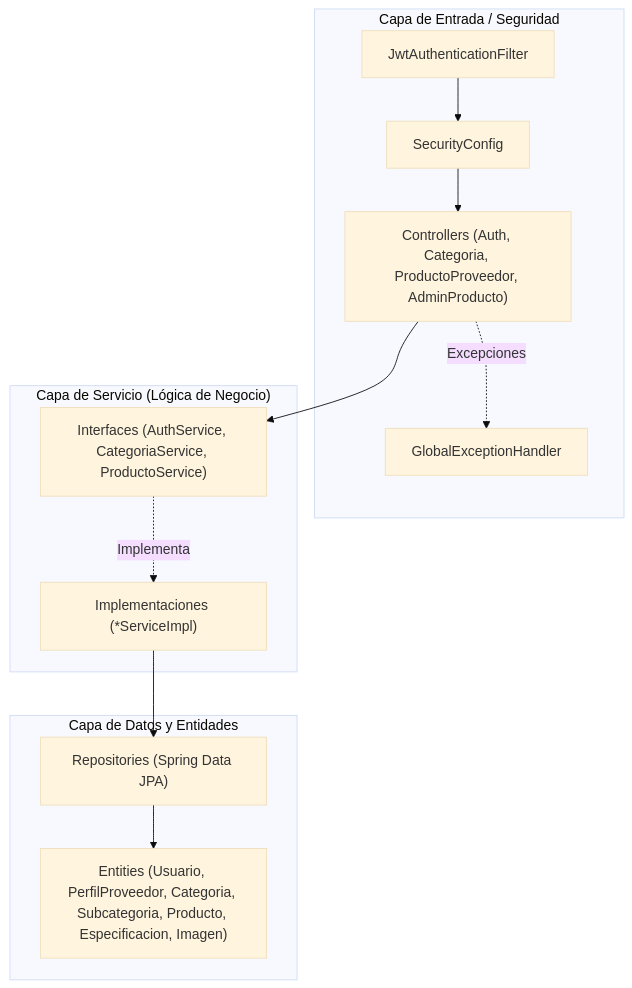
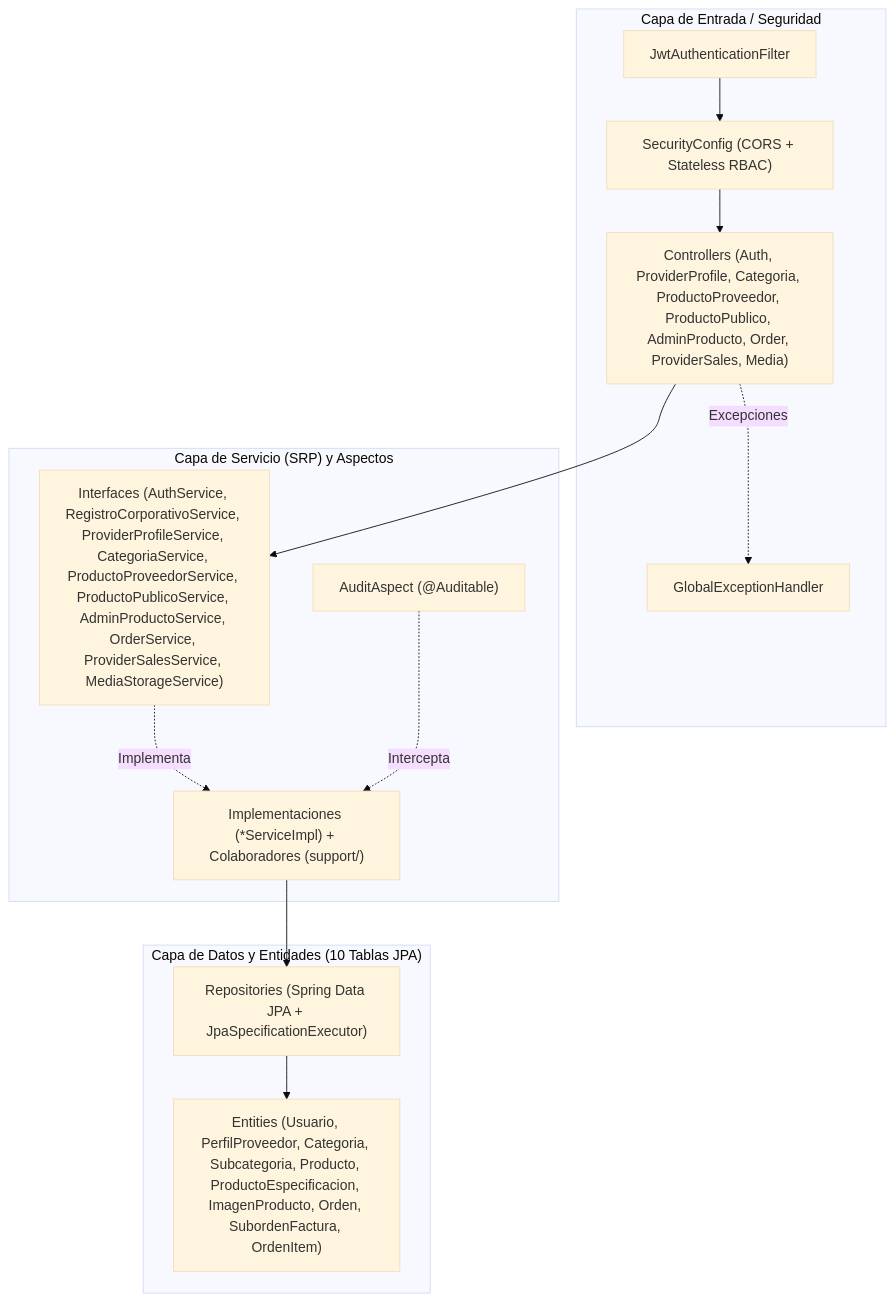
The diagram in documentacion/02_Fase_Diseno_y_Arquitectura/01_Backend/ARCHITECTURE.md (SaraviaH/backend_integrador_web), drawn with Mermaid (base theme) before and after one commit. The commit also changed other lines of this file and 18 other files, not shown here.

````diff
--- a/documentacion/02_Fase_Diseno_y_Arquitectura/01_Backend/ARCHITECTURE.md
+++ b/documentacion/02_Fase_Diseno_y_Arquitectura/01_Backend/ARCHITECTURE.md
@@ -18,26 +19,28 @@
 ```mermaid
 flowchart TD
     subgraph Entrada["Capa de Entrada / Seguridad"]
         FLT["JwtAuthenticationFilter"]
-        SEC["SecurityConfig"]
-        CTRL["Controllers (Auth, Categoria, ProductoProveedor, AdminProducto)"]
+        SEC["SecurityConfig (CORS + Stateless RBAC)"]
+        CTRL["Controllers (Auth, ProviderProfile, Categoria, ProductoProveedor, ProductoPublico, AdminProducto, Order, ProviderSales, Media)"]
         EXC["GlobalExceptionHandler"]
     end
 
-    subgraph Aplicacion["Capa de Servicio (Lógica de Negocio)"]
-        SVC["Interfaces (AuthService, CategoriaService, ProductoService)"]
-        IMPL["Implementaciones (*ServiceImpl)"]
+    subgraph Aplicacion["Capa de Servicio (SRP) y Aspectos"]
+        SVC["Interfaces (AuthService, RegistroCorporativoService, ProviderProfileService, CategoriaService, ProductoProveedorService, ProductoPublicoService, AdminProductoService, OrderService, ProviderSalesService, MediaStorageService)"]
+        IMPL["Implementaciones (*ServiceImpl) + Colaboradores (support/)"]
+        AOP["AuditAspect (@Auditable)"]
     end
 
-    subgraph Persistencia["Capa de Datos y Entidades"]
-        REPO["Repositories (Spring Data JPA)"]
-        ENT["Entities (Usuario, PerfilProveedor, Categoria, Subcategoria, Producto, Especificacion, Imagen)"]
+    subgraph Persistencia["Capa de Datos y Entidades (10 Tablas JPA)"]
+        REPO["Repositories (Spring Data JPA + JpaSpecificationExecutor)"]
+        ENT["Entities (Usuario, PerfilProveedor, Categoria, Subcategoria, Producto, ProductoEspecificacion, ImagenProducto, Orden, SubordenFactura, OrdenItem)"]
     end
 
     FLT --> SEC --> CTRL
     CTRL --> SVC
     SVC -.->|Implementa| IMPL
+    AOP -.->|Intercepta| IMPL
     IMPL --> REPO
     REPO --> ENT
     CTRL -.->|Excepciones| EXC
 ```
````
